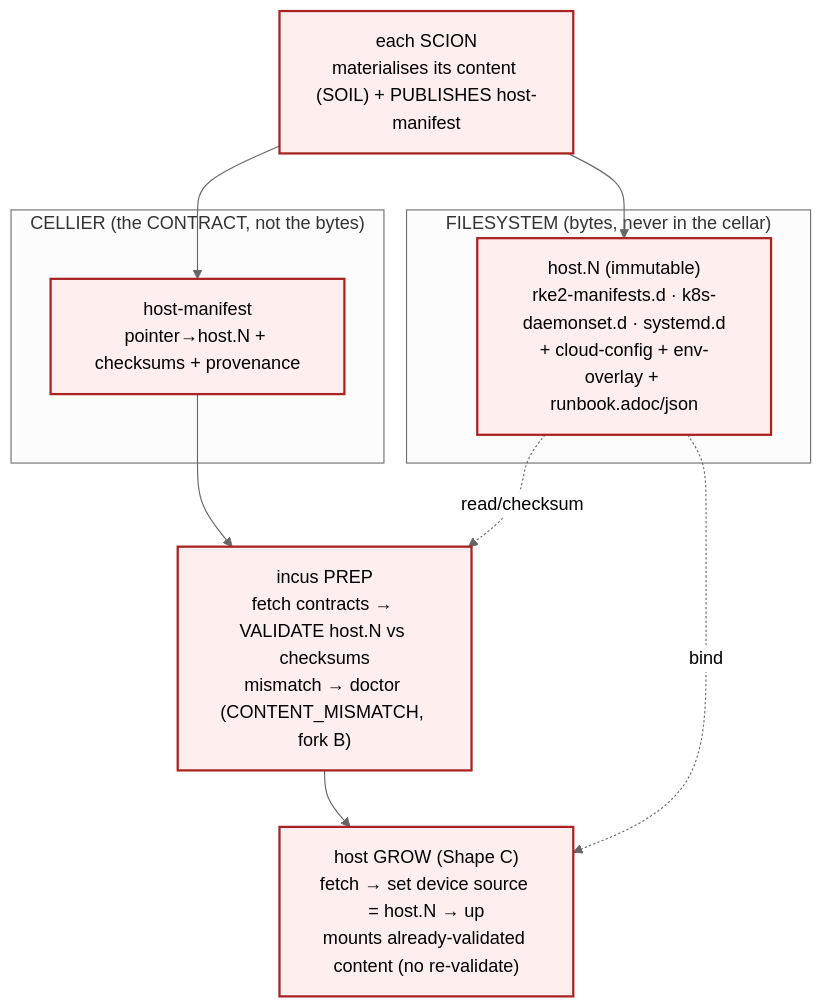
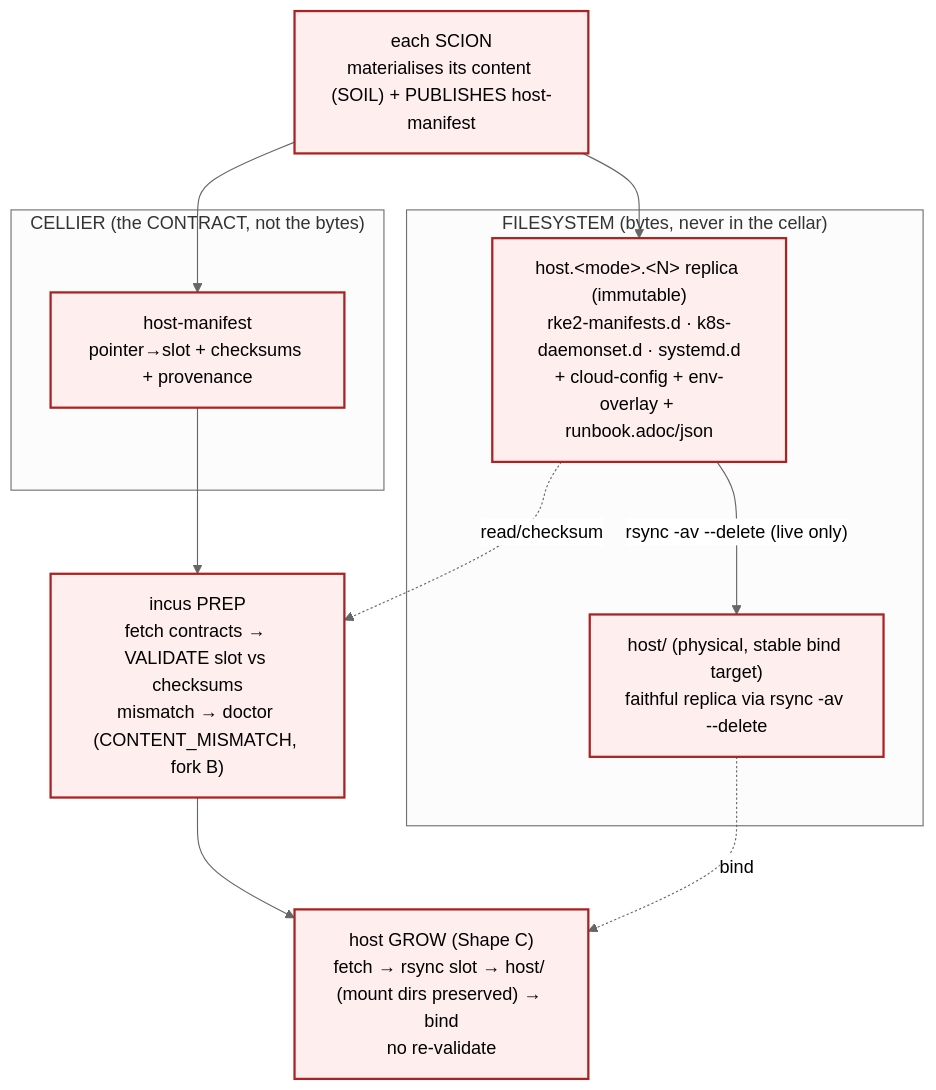
One commit to nxmatic/rke2lab changed the seventh of 7 diagrams in docs/architecture/atlas/seed.adoc. Above: the diagram before and after it, drawn with Mermaid (neutral theme). The commit also changed other lines of this file and 2 other files, not shown here.

First line of the commit message:
docs(host-cellar): correct the host-tree model — rsync into physical host/ is KEPT

```diff
--- a/docs/architecture/atlas/seed.adoc
+++ b/docs/architecture/atlas/seed.adoc
@@ -530,22 +531,24 @@
 [mermaid]
 ....
 flowchart TB
   subgraph fs["FILESYSTEM (bytes, never in the cellar)"]
-    hn["host.N (immutable)<br/>rke2-manifests.d · k8s-daemonset.d · systemd.d<br/>+ cloud-config + env-overlay + runbook.adoc/json"]
+    hn["host.&lt;mode&gt;.&lt;N&gt; replica (immutable)<br/>rke2-manifests.d · k8s-daemonset.d · systemd.d<br/>+ cloud-config + env-overlay + runbook.adoc/json"]
+    live["host/ (physical, stable bind target)<br/>faithful replica via rsync -av --delete"]
   end
   subgraph cel["CELLIER (the CONTRACT, not the bytes)"]
-    hm["host-manifest<br/>pointer→host.N + checksums + provenance"]
+    hm["host-manifest<br/>pointer→slot + checksums + provenance"]
   end
   scion["each SCION<br/>materialises its content (SOIL) + PUBLISHES host-manifest"]
-  prep["incus PREP<br/>fetch contracts → VALIDATE host.N vs checksums<br/>mismatch → doctor (CONTENT_MISMATCH, fork B)"]
-  grow["host GROW (Shape C)<br/>fetch → set device source = host.N → up<br/>mounts already-validated content (no re-validate)"]
+  prep["incus PREP<br/>fetch contracts → VALIDATE slot vs checksums<br/>mismatch → doctor (CONTENT_MISMATCH, fork B)"]
+  grow["host GROW (Shape C)<br/>fetch → rsync slot → host/ (mount dirs preserved) → bind<br/>no re-validate"]
   scion --> hn
   scion --> hm
   hm --> prep
   hn -. read/checksum .-> prep
   prep --> grow
-  hn -. bind .-> grow
+  hn -->|"rsync -av --delete (live only)"| live
+  live -. bind .-> grow
   classDef done fill:#dfd,stroke:#2a2;
   classDef todo fill:#fee,stroke:#a22,stroke-width:2px;
-  class scion,prep,grow,hn,hm todo;
+  class scion,prep,grow,hn,hm,live todo;
 ....
```
